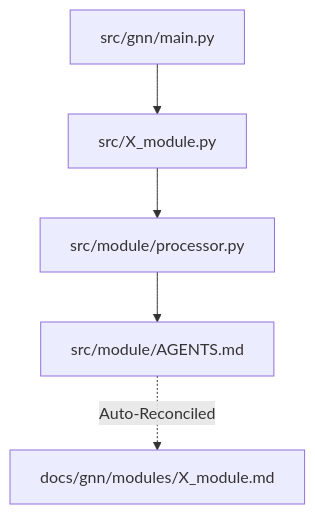
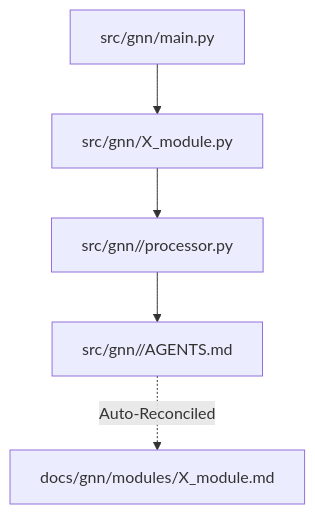
Before and after one commit to ActiveInferenceInstitute/GeneralizedNotationNotation: the diagram in docs/gnn/modules/README.md, drawn with Mermaid. The commit also changed 21 other files, not shown here.

Commit message:
docs: docs-truth sweep D-01..D-12 — phantom schema_validator step reworded to code-true consumers, version claims canonicalized to pyproject, src/<module>/src.* prose normalized, module pages regenerated (06 tree/12 kwargs), dead config blocks removed, bare-package imports fixed to gnn.*

````diff
--- a/docs/gnn/modules/README.md
+++ b/docs/gnn/modules/README.md
@@ -19,7 +19,7 @@
 ```mermaid
 graph TD
-    Main[src/gnn/main.py] --> StepX[src/X_module.py]
-    StepX --> API[src/module/processor.py]
-    API --> Tools[src/module/AGENTS.md]
+    Main[src/gnn/main.py] --> StepX[src/gnn/X_module.py]
+    StepX --> API[src/gnn/<module>/processor.py]
+    API --> Tools[src/gnn/<module>/AGENTS.md]
     Tools -.->|Auto-Reconciled| Docs[docs/gnn/modules/X_module.md]
 ```
````
